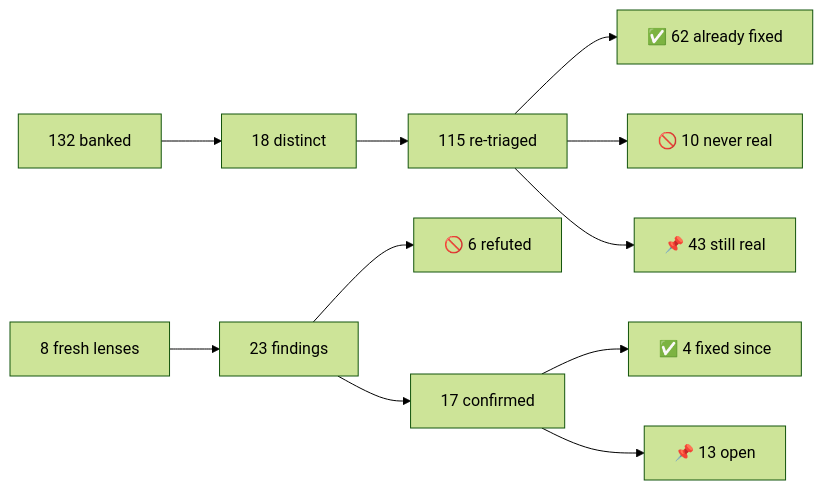
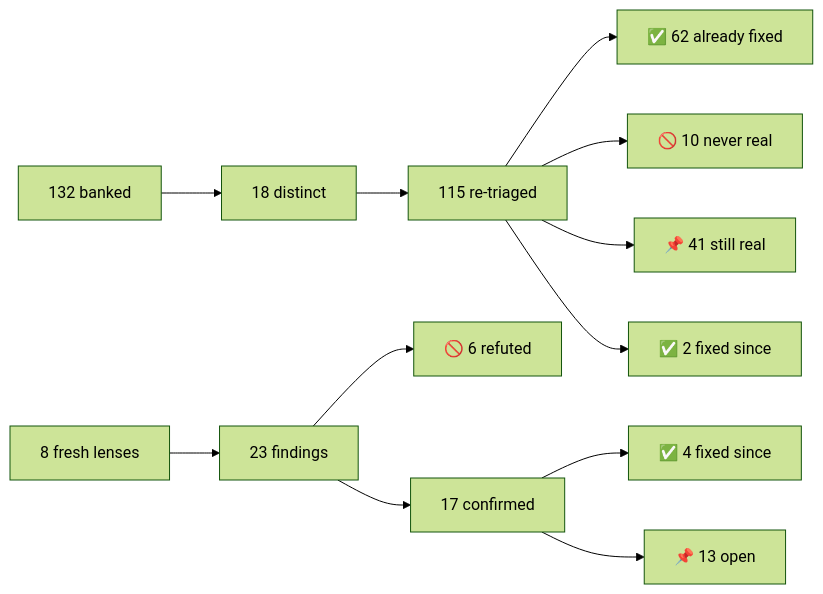
Before and after one commit to shoemoney/commander-in-chief: the diagram in FINDINGS.md, drawn with Mermaid (forest theme). The commit also changed other lines of this file and 5 other files, not shown here.

````diff
--- a/FINDINGS.md
+++ b/FINDINGS.md
@@ -12,13 +13,14 @@
 ```mermaid
 flowchart LR
     A[132 banked] --> B[18 distinct]
     B --> C[115 re-triaged]
     C --> D[✅ 62 already fixed]
     C --> E[🚫 10 never real]
-    C --> F[📌 43 still real]
+    C --> F[📌 41 still real]
+    C --> M[✅ 2 fixed since]
     G[8 fresh lenses] --> H[23 findings]
     H --> I[🚫 6 refuted]
     H --> J[17 confirmed]
     J --> K[✅ 4 fixed since]
     J --> L[📌 13 open]
 ```
````
